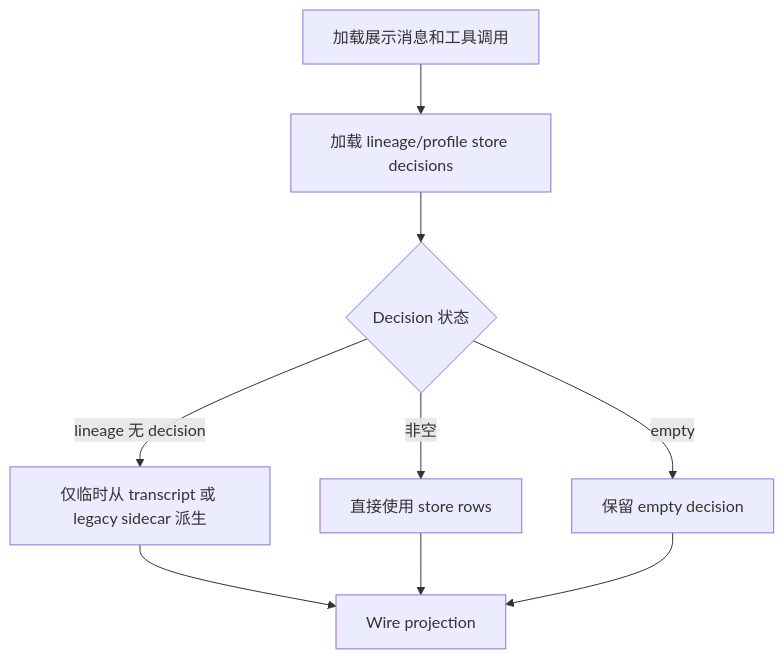
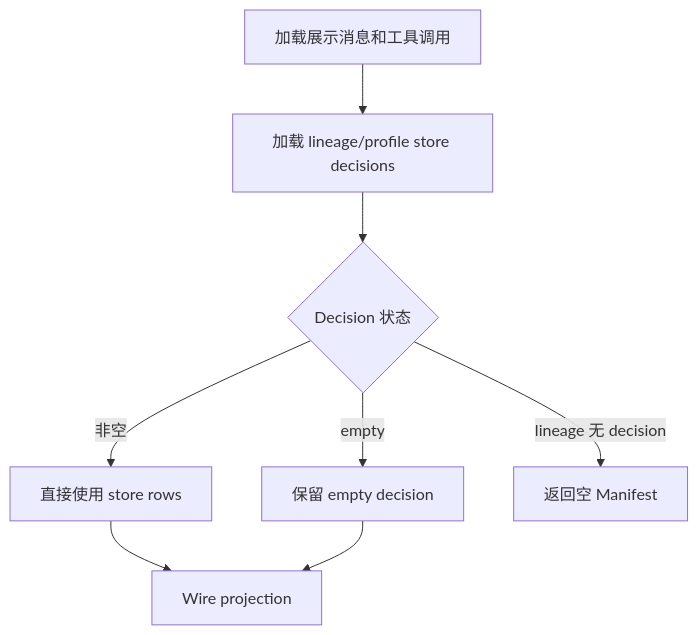
One commit to Jerryyyy0/hermes-webui changed the diagram in docs/architecture/session-manifest-artifacts.md. Above: the diagram before and after it, drawn with Mermaid. The commit also changed other lines of this file and 4 other files, not shown here.

````diff
--- a/docs/architecture/session-manifest-artifacts.md
+++ b/docs/architecture/session-manifest-artifacts.md
@@ -33,11 +33,10 @@
 ```mermaid
 flowchart TD
   loadMessages[加载展示消息和工具调用] --> loadStore[加载 lineage/profile store decisions]
   loadStore --> classify{Decision 状态}
   classify -->|非空| useStore[直接使用 store rows]
   classify -->|empty| useEmpty[保留 empty decision]
-  classify -->|lineage 无 decision| derive[仅临时从 transcript 或 legacy sidecar 派生]
-  derive --> wire
+  classify -->|lineage 无 decision| empty[返回空 Manifest]
   useStore --> wire[Wire projection]
   useEmpty --> wire
 ```
````
